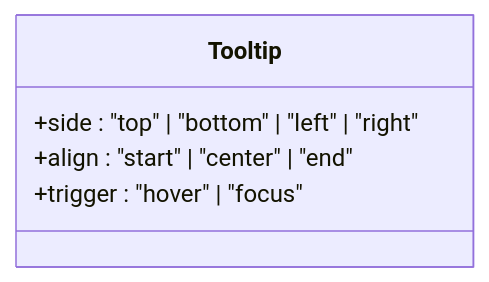
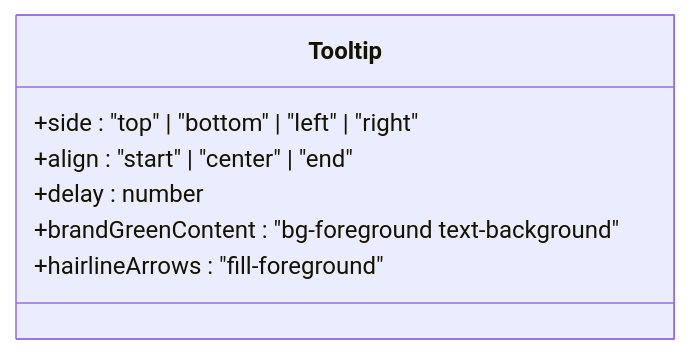
Before and after one commit to userisaziz/samaa-ai: diagram 17 of 18 in .qoder/repowiki/en/content/Frontend Application/UI Component Library & Design System.md, drawn with Mermaid. The commit also changed other lines of this file and 108 other files, not shown here.

````diff
--- a/.qoder/repowiki/en/content/Frontend Application/UI Component Library & Design System.md
+++ b/.qoder/repowiki/en/content/Frontend Application/UI Component Library & Design System.md
@@ -569,8 +853,10 @@
 ```mermaid
 classDiagram
 class Tooltip {
 +side : "top" | "bottom" | "left" | "right"
 +align : "start" | "center" | "end"
-+trigger : "hover" | "focus"
++delay : number
++brandGreenContent : "bg-foreground text-background"
++hairlineArrows : "fill-foreground"
 }
 ```
````
